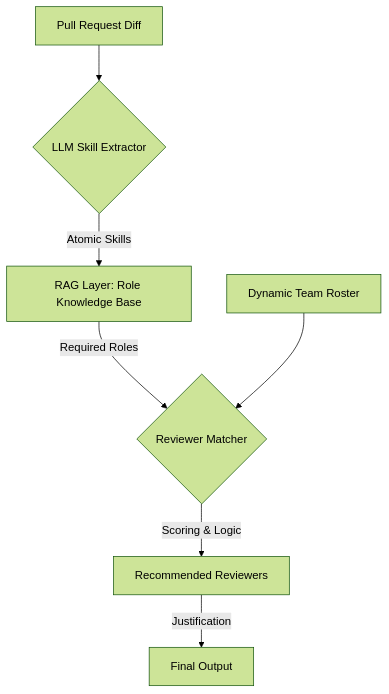
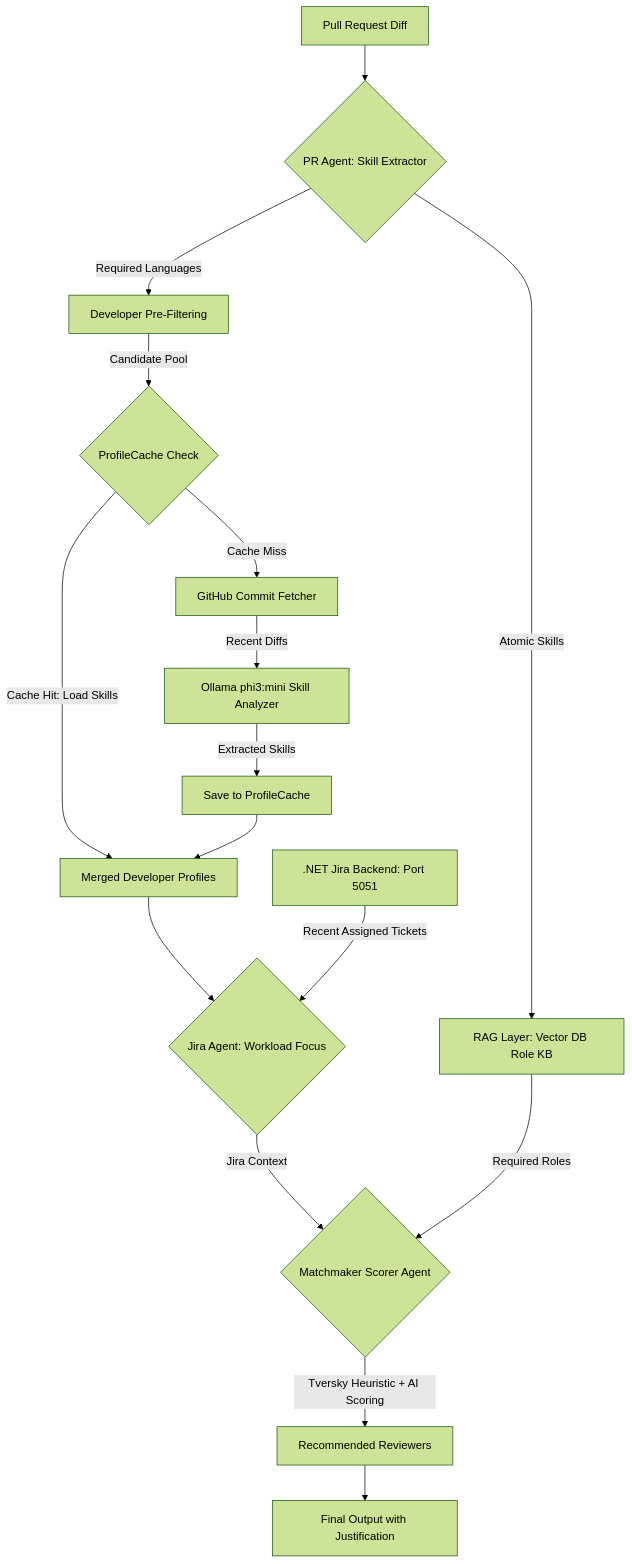
The diagram in codience/ReviewerRecommender.md (SH-code12/Codience), drawn with Mermaid (forest theme) before and after one commit. The commit also changed other lines of this file and 26 other files, not shown here.

Commit message:
refactor: remove redundant Process module in favor of centralized Reviewer_Engine implementation and add LLM-based skill extraction for commit history.

````diff
--- a/codience/ReviewerRecommender.md
+++ b/codience/ReviewerRecommender.md
@@ -11,10 +11,23 @@
 ```mermaid
 graph TD
-    A[Pull Request Diff] --> B{LLM Skill Extractor}
-    B -->|Atomic Skills| C[RAG Layer: Role Knowledge Base]
-    C -->|Required Roles| D{Reviewer Matcher}
-    E[Dynamic Team Roster] --> D
-    D -->|Scoring & Logic| F[Recommended Reviewers]
-    F -->|Justification| G[Final Output]
-
+    A[Pull Request Diff] --> B{PR Agent: Skill Extractor}
+    B -->|Atomic Skills| C[RAG Layer: Vector DB Role KB]
+    B -->|Required Languages| D[Developer Pre-Filtering]
+    
+    %% Cache & LLM Flow %%
+    D -->|Candidate Pool| E{ProfileCache Check}
+    E -->|Cache Hit: Load Skills| F[Merged Developer Profiles]
+    E -->|Cache Miss| G[GitHub Commit Fetcher]
+    G -->|Recent Diffs| H[Ollama phi3:mini Skill Analyzer]
+    H -->|Extracted Skills| I[Save to ProfileCache]
+    I --> F
+    
+    %% Jira & Scorer %%
+    F --> J{Jira Agent: Workload Focus}
+    K[.NET Jira Backend: Port 5051] -->|Recent Assigned Tickets| J
+    J -->|Jira Context| L{Matchmaker Scorer Agent}
+    C -->|Required Roles| L
+    
+    L -->|Tversky Heuristic + AI Scoring| M[Recommended Reviewers]
+    M --> G1[Final Output with Justification]
 ```
````
